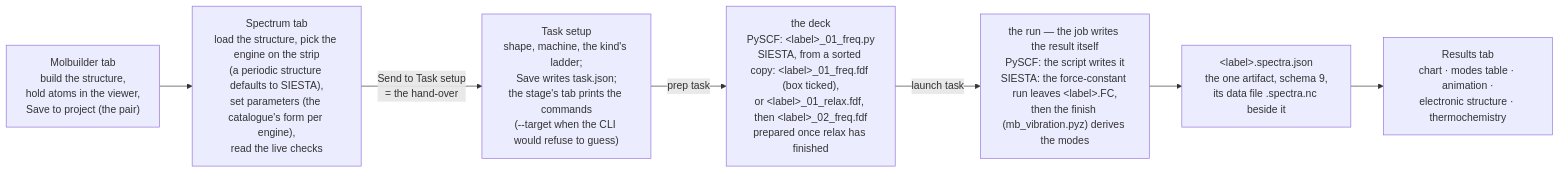
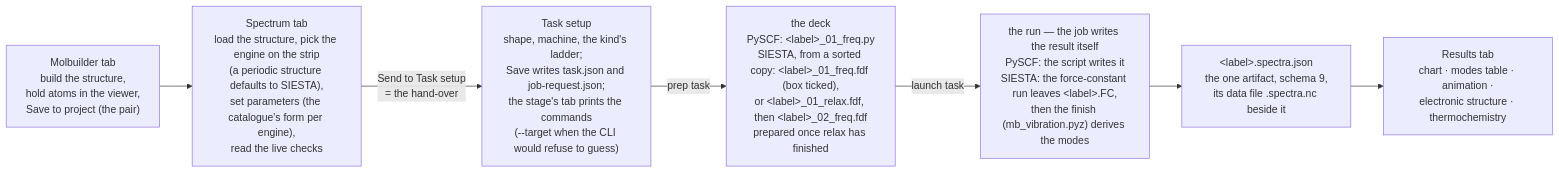
Before and after one commit to Qing-LAB/molbuilder: the first of 2 diagrams in docs/engines/vibration.md, drawn with Mermaid. The commit also changed other lines of this file and 196 other files, not shown here.

````diff
--- a/docs/engines/vibration.md
+++ b/docs/engines/vibration.md
@@ -185,9 +185,9 @@
 ```mermaid
 flowchart LR
   M["Molbuilder tab<br/>build the structure,<br/>hold atoms in the viewer,<br/>Save to project (the pair)"] --> S["Spectrum tab<br/>load the structure, pick the engine on the strip<br/>(a periodic structure defaults to SIESTA),<br/>set parameters (the catalogue's form per engine),<br/>read the live checks"]
-  S -->|"Send to Task setup<br/>= the hand-over"| T["Task setup<br/>shape, machine, the kind's ladder;<br/>Save writes task.json;<br/>the stage's tab prints the commands<br/>(--target when the CLI would refuse to guess)"]
+  S -->|"Send to Task setup<br/>= the hand-over"| T["Task setup<br/>shape, machine, the kind's ladder;<br/>Save writes task.json and job-request.json;<br/>the stage's tab prints the commands<br/>(--target when the CLI would refuse to guess)"]
   T -->|"prep task"| P["the deck<br/>PySCF: &lt;label&gt;_01_freq.py<br/>SIESTA, from a sorted copy: &lt;label&gt;_01_freq.fdf (box ticked),<br/>or &lt;label&gt;_01_relax.fdf, then &lt;label&gt;_02_freq.fdf<br/>prepared once relax has finished"]
   P -->|"launch task"| R["the run — the job writes the result itself<br/>PySCF: the script writes it<br/>SIESTA: the force-constant run leaves &lt;label&gt;.FC,<br/>then the finish (mb_vibration.pyz) derives the modes"]
   R --> A["&lt;label&gt;.spectra.json<br/>the one artifact, schema 9,<br/>its data file .spectra.nc beside it"]
   A --> V["Results tab<br/>chart · modes table · animation ·<br/>electronic structure · thermochemistry"]
 ```
````
